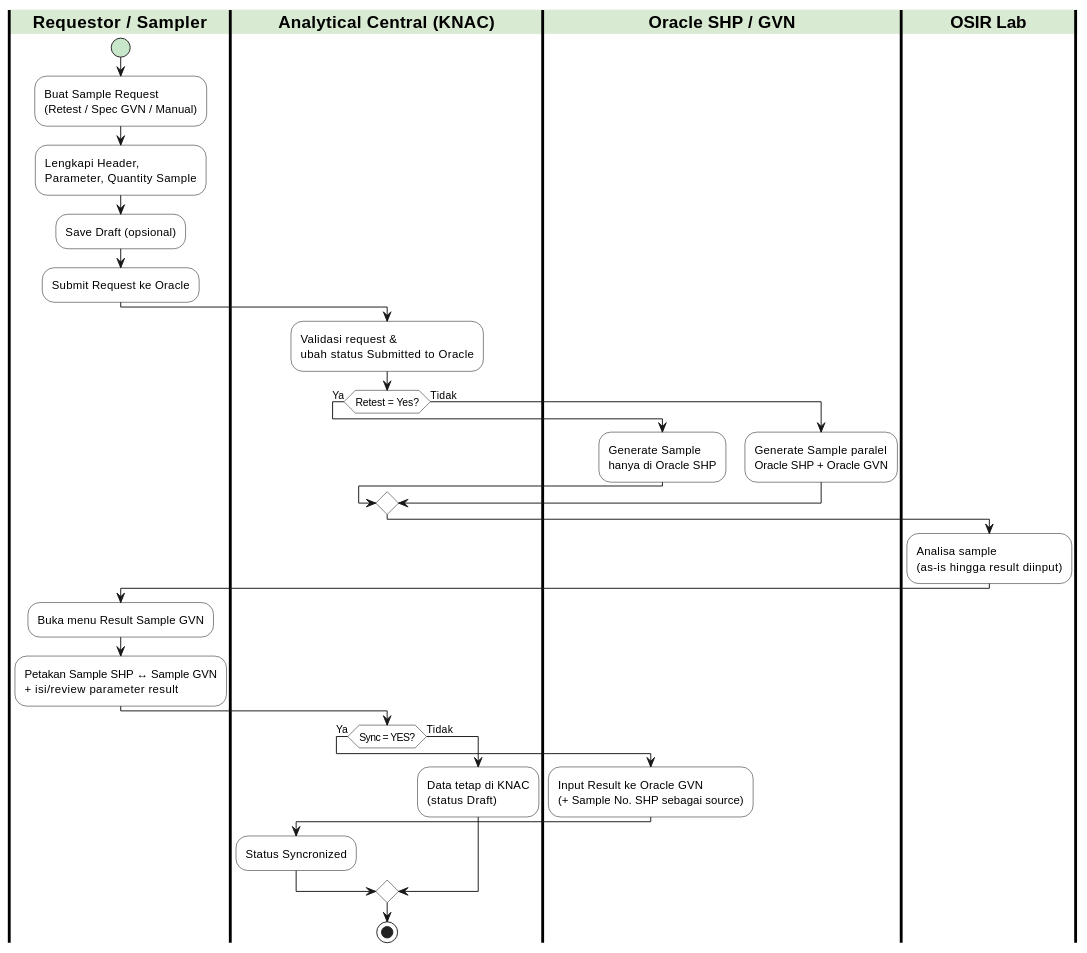
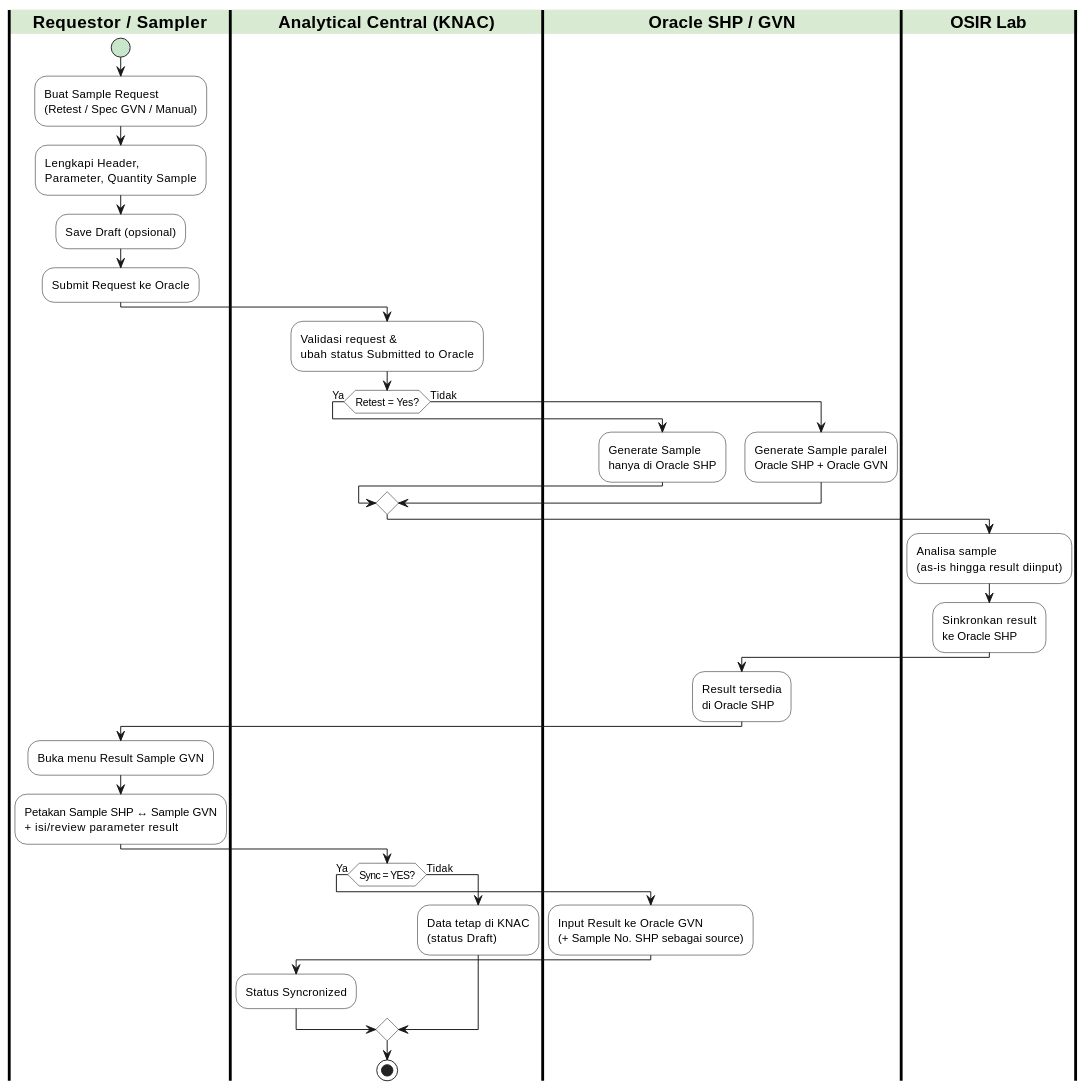
The first of 3 diagrams in modules/sample-result-gvn-shp/source/FSD_Sample_Result_GVN_SHP_v1.0.md (Agengkurnia/FSD-Generator-Engine), drawn with PlantUML before and after one commit. The commit also changed other lines of this file and 11 other files, not shown here.

````diff
--- a/modules/sample-result-gvn-shp/source/FSD_Sample_Result_GVN_SHP_v1.0.md
+++ b/modules/sample-result-gvn-shp/source/FSD_Sample_Result_GVN_SHP_v1.0.md
@@ -107,47 +117,51 @@
 ```plantuml
 @startuml
 skinparam SwimlaneBorderColor #000000
 skinparam SwimlaneBorderThickness 3
 skinparam SwimlaneTitleBackgroundColor #D9EAD3
 skinparam SwimlaneTitleFontStyle bold
 skinparam ActivityBackgroundColor #FFFFFF
 skinparam ActivityBorderColor #000000
 skinparam ActivityStartColor #C8E6C9
 skinparam ActivityEndColor #B2DFDB
 
 |Requestor / Sampler|
 start
 :Buat Sample Request\n(Retest / Spec GVN / Manual);
 :Lengkapi Header,\nParameter, Quantity Sample;
 :Save Draft (opsional);
 :Submit Request ke Oracle;
 
 |Analytical Central (KNAC)|
 :Validasi request &\nubah status Submitted to Oracle;
 if (Retest = Yes?) then (Ya)
   |Oracle SHP / GVN|
   :Generate Sample\nhanya di Oracle SHP;
 else (Tidak)
   |Oracle SHP / GVN|
   :Generate Sample paralel\nOracle SHP + Oracle GVN;
 endif
 
 |OSIR Lab|
 :Analisa sample\n(as-is hingga result diinput);
+:Sinkronkan result\nke Oracle SHP;
+
+|Oracle SHP / GVN|
+:Result tersedia\ndi Oracle SHP;
 
 |Requestor / Sampler|
 :Buka menu Result Sample GVN;
 :Petakan Sample SHP ↔ Sample GVN\n+ isi/review parameter result;
 
 |Analytical Central (KNAC)|
 if (Sync = YES?) then (Ya)
   |Oracle SHP / GVN|
   :Input Result ke Oracle GVN\n(+ Sample No. SHP sebagai source);
   |Analytical Central (KNAC)|
   :Status Syncronized;
 else (Tidak)
   :Data tetap di KNAC\n(status Draft);
 endif
 stop
 @enduml
 ```
````
